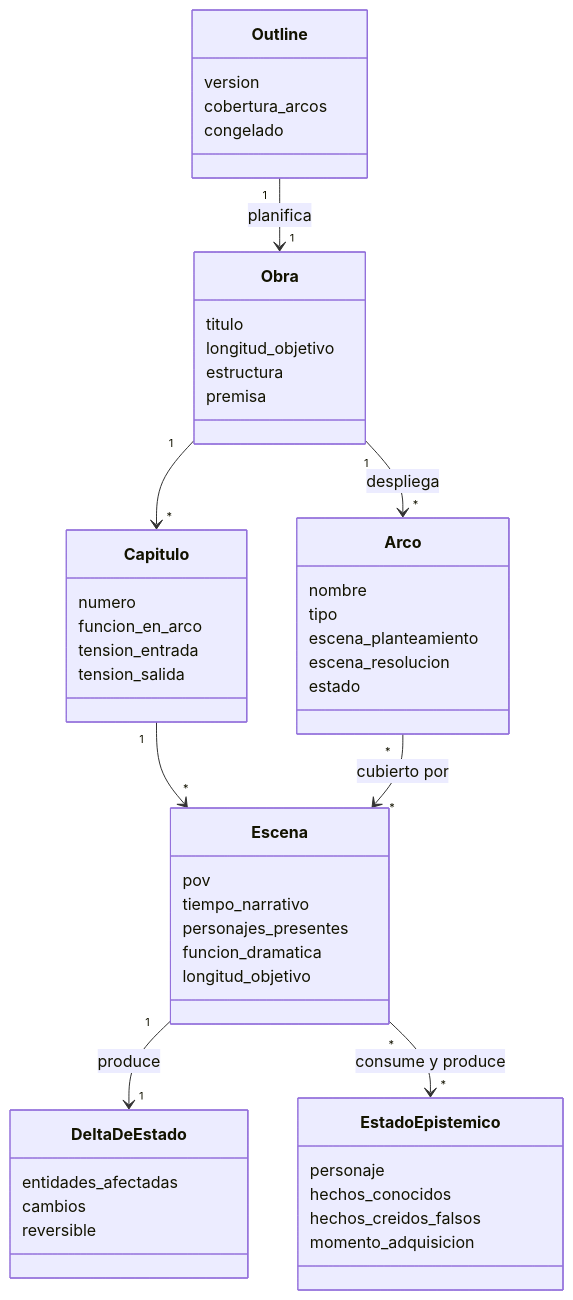
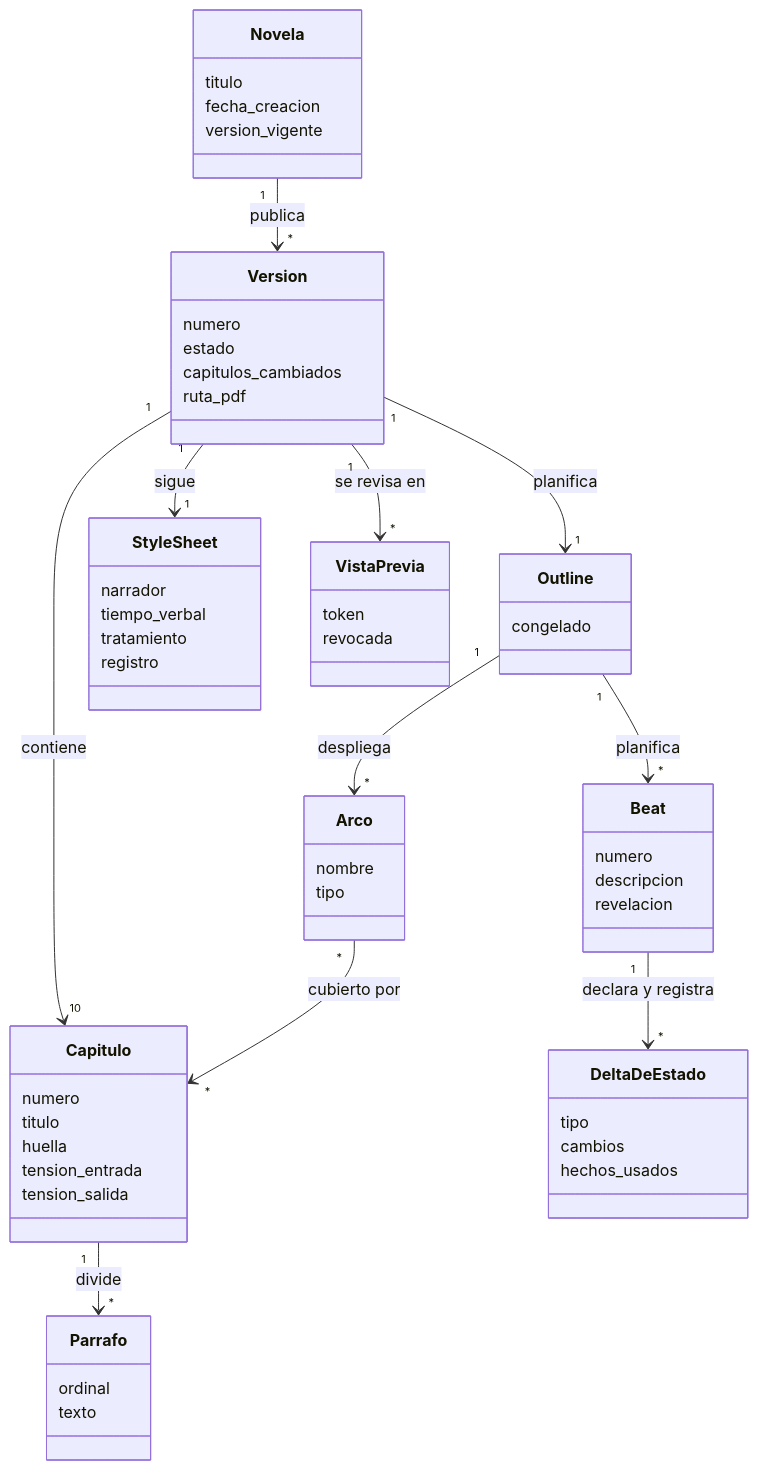
One commit to JNico-rb/story-maker changed the third of 5 diagrams in docs/definitions.md. Above: the diagram before and after it, drawn with Mermaid. The commit also changed other lines of this file and 35 other files, not shown here.

````diff
--- a/docs/definitions.md
+++ b/docs/definitions.md
@@ -196,53 +503,63 @@
 ```mermaid
 classDiagram
-    class Obra {
+    class Novela {
         titulo
-        longitud_objetivo
-        estructura
-        premisa
+        fecha_creacion
+        version_vigente
+    }
+    class Version {
+        numero
+        estado
+        capitulos_cambiados
+        ruta_pdf
     }
     class Capitulo {
         numero
-        funcion_en_arco
+        titulo
+        huella
         tension_entrada
         tension_salida
     }
-    class Escena {
-        pov
-        tiempo_narrativo
-        personajes_presentes
-        funcion_dramatica
-        longitud_objetivo
+    class Parrafo {
+        ordinal
+        texto
+    }
+    class Outline {
+        congelado
+    }
+    class Beat {
+        numero
+        descripcion
+        revelacion
     }
     class DeltaDeEstado {
-        entidades_afectadas
+        tipo
         cambios
-        reversible
-    }
-    class EstadoEpistemico {
-        personaje
-        hechos_conocidos
-        hechos_creidos_falsos
-        momento_adquisicion
-    }
-    class Outline {
-        version
-        cobertura_arcos
-        congelado
+        hechos_usados
     }
     class Arco {
         nombre
         tipo
-        escena_planteamiento
-        escena_resolucion
-        estado
+    }
+    class StyleSheet {
+        narrador
+        tiempo_verbal
+        tratamiento
+        registro
+    }
+    class VistaPrevia {
+        token
+        revocada
     }
 
-    Obra "1" --> "*" Capitulo
-    Capitulo "1" --> "*" Escena
-    Obra "1" --> "*" Arco : despliega
-    Arco "*" --> "*" Escena : cubierto por
-    Escena "1" --> "1" DeltaDeEstado : produce
-    Escena "*" --> "*" EstadoEpistemico : consume y produce
-    Outline "1" --> "1" Obra : planifica
+    Novela "1" --> "*" Version : publica
+    Version "1" --> "10" Capitulo : contiene
+    Capitulo "1" --> "*" Parrafo : divide
+    Version "1" --> "1" Outline : planifica
+    Outline "1" --> "*" Beat : planifica
+    Beat "1" --> "*" DeltaDeEstado : declara y registra
+    Outline "1" --> "*" Arco : despliega
+    Arco "*" --> "*" Capitulo : cubierto por
+    Version "1" --> "1" StyleSheet : sigue
+    Version "1" --> "*" VistaPrevia : se revisa en
 ```
````
